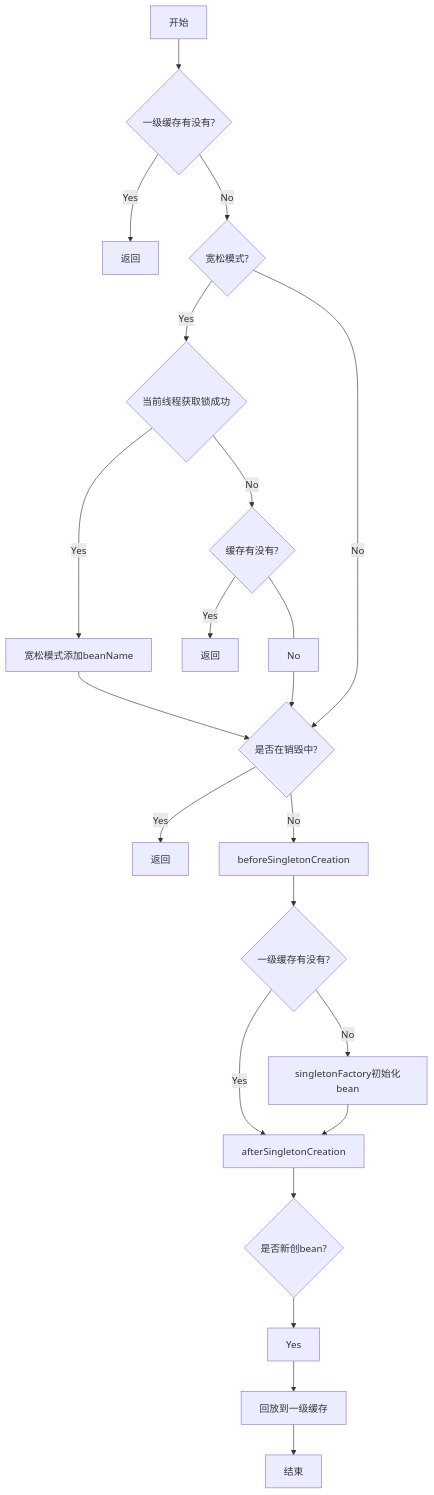
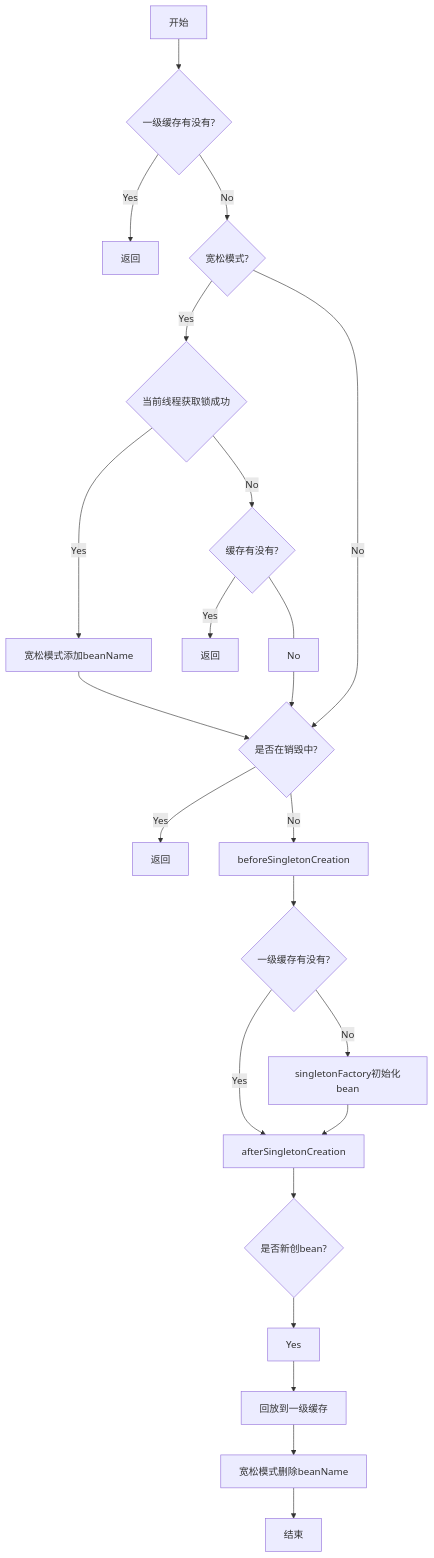
The second of 3 diagrams in doc/DefaultSingletonBeanRegistry.md (aijingsun6/springboot-example), drawn with Mermaid before and after one commit. The commit also changed other lines of this file, not shown here.

````diff
--- a/doc/DefaultSingletonBeanRegistry.md
+++ b/doc/DefaultSingletonBeanRegistry.md
@@ -103,22 +103,23 @@
 ```mermaid
 flowchart TD
     A[开始] --> B{一级缓存有没有?}
     B -- Yes --> C[返回]
     B -- No --> D{宽松模式?}
     D --Yes -->E{当前线程获取锁成功}
     D --No --> H{是否在销毁中?}
     E --Yes -->F[宽松模式添加beanName]
     F --> H
     E -- No -->G{缓存有没有?}
     G -- Yes --> End[返回]
     G --- No --> H
     H -- Yes --> I[返回]
     H -- No --> J[beforeSingletonCreation]
     J --> K{一级缓存有没有?}
     K -- Yes --> L[afterSingletonCreation]
     K -- No --> KK[singletonFactory初始化bean]
     KK --> L
     L --> M{是否新创bean?}
     M --> Yes --> N[回放到一级缓存]
-    N --> O[结束]
+    N --> O[宽松模式删除beanName]
+    O --> P[结束]
 ```
````
